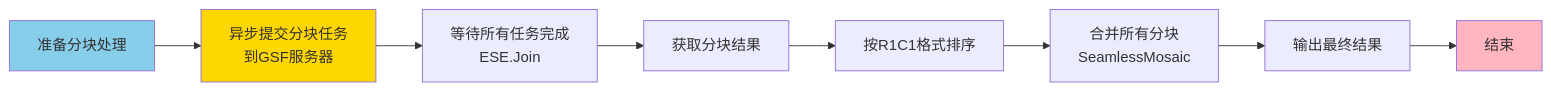
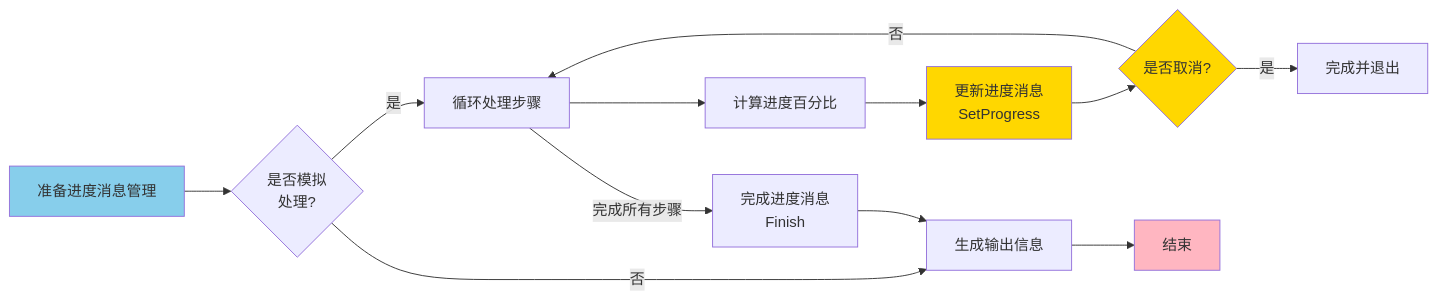
One commit to fashionfu/ENVI_IDL changed the second of 7 diagrams in 二六年学习过程/0105_第二周工作计划.md. Above: the diagram before and after it, drawn with Mermaid. The commit also changed other lines of this file, not shown here.

````diff
--- a/二六年学习过程/0105_第二周工作计划.md
+++ b/二六年学习过程/0105_第二周工作计划.md
@@ -152,14 +152,19 @@
 ```mermaid
 flowchart LR
-    A[准备分块处理] --> B[异步提交分块任务<br/>到GSF服务器]
-    B --> C[等待所有任务完成<br/>ESE.Join]
-    C --> D[获取分块结果]
-    D --> E[按R1C1格式排序]
-    E --> F[合并所有分块<br/>SeamlessMosaic]
-    F --> G[输出最终结果]
-    G --> H[结束]
+    A[准备进度消息管理] --> B{是否模拟<br/>处理?}
+    B -->|是| C[循环处理步骤]
+    B -->|否| H[生成输出信息]
+    C --> D[计算进度百分比]
+    D --> E[更新进度消息<br/>SetProgress]
+    E --> F{是否取消?}
+    F -->|是| G[完成并退出]
+    F -->|否| C
+    C -->|完成所有步骤| I[完成进度消息<br/>Finish]
+    I --> H
+    H --> J[结束]
     
     style A fill:#87CEEB
-    style H fill:#FFB6C1
-    style B fill:#FFD700
+    style J fill:#FFB6C1
+    style E fill:#FFD700
+    style F fill:#FFD700
 ```
````
